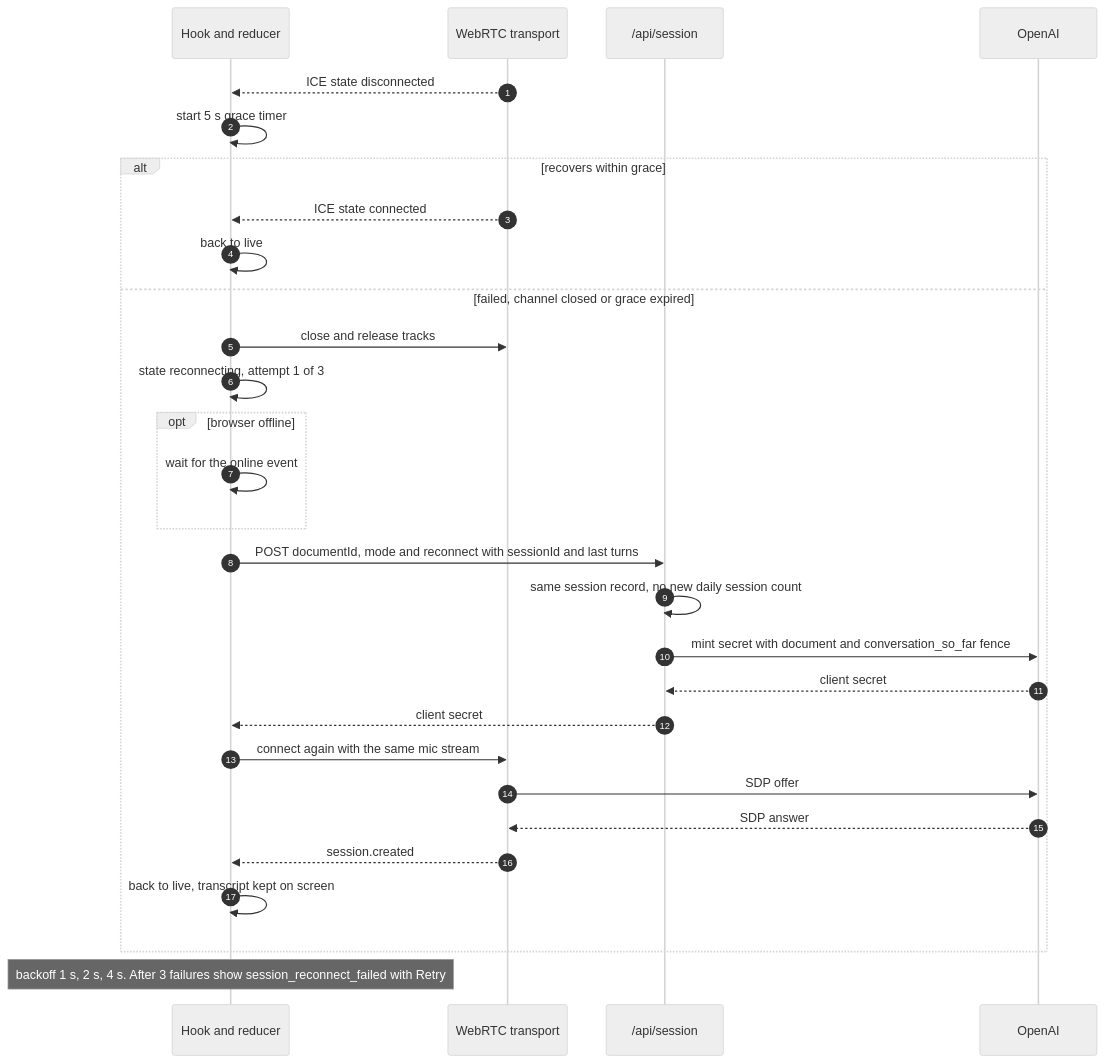
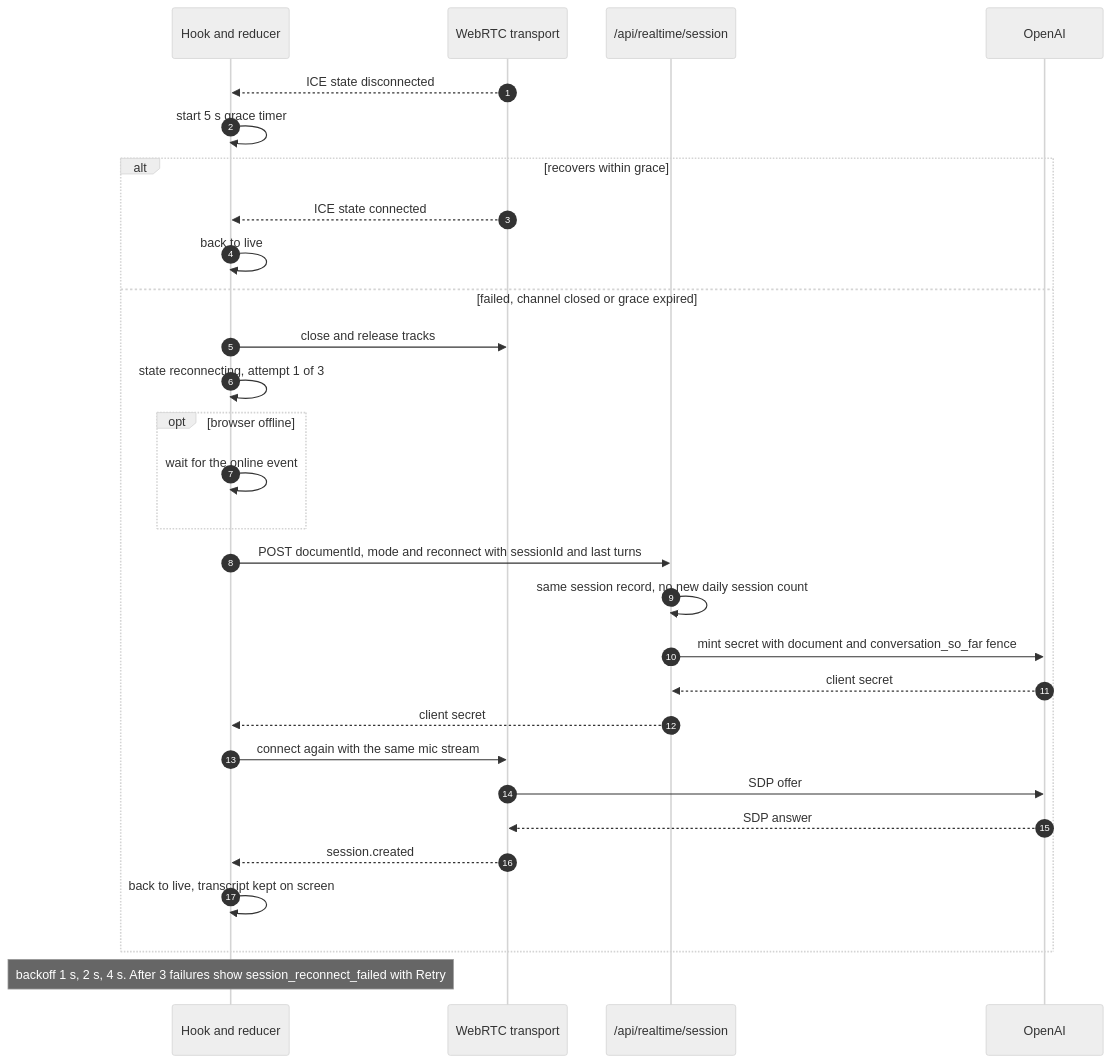
One commit to Otm02/talk-to-doc changed the fourth of 5 diagrams in docs/ARCHITECTURE.md. Above: the diagram before and after it, drawn with Mermaid (neutral theme). The commit also changed other lines of this file and 24 other files, not shown here.

First line of the commit message:
feat(session): realtime session endpoint with fenced instructions and guards (#19)

````diff
--- a/docs/ARCHITECTURE.md
+++ b/docs/ARCHITECTURE.md
@@ -267,31 +267,31 @@
 ```mermaid
 sequenceDiagram
     autonumber
     participant H as Hook and reducer
     participant T as WebRTC transport
-    participant SE as /api/session
+    participant SE as /api/realtime/session
     participant OA as OpenAI
     T-->>H: ICE state disconnected
     H->>H: start 5 s grace timer
     alt recovers within grace
         T-->>H: ICE state connected
         H->>H: back to live
     else failed, channel closed or grace expired
         H->>T: close and release tracks
         H->>H: state reconnecting, attempt 1 of 3
         opt browser offline
             H->>H: wait for the online event
         end
         H->>SE: POST documentId, mode and reconnect with sessionId and last turns
         SE->>SE: same session record, no new daily session count
         SE->>OA: mint secret with document and conversation_so_far fence
         OA-->>SE: client secret
         SE-->>H: client secret
         H->>T: connect again with the same mic stream
         T->>OA: SDP offer
         OA-->>T: SDP answer
         T-->>H: session.created
         H->>H: back to live, transcript kept on screen
     end
     Note over H: backoff 1 s, 2 s, 4 s. After 3 failures show session_reconnect_failed with Retry
 ```
````
